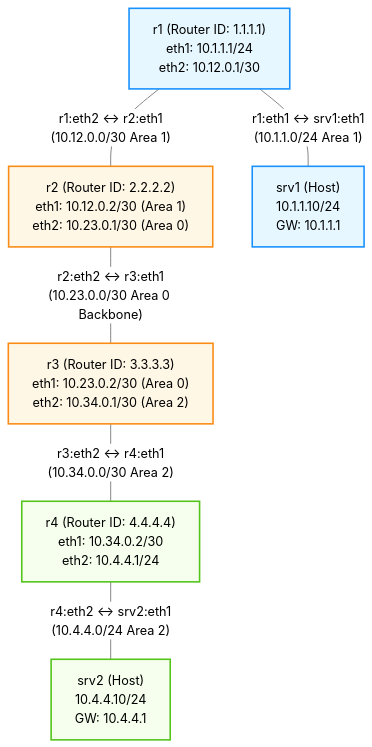
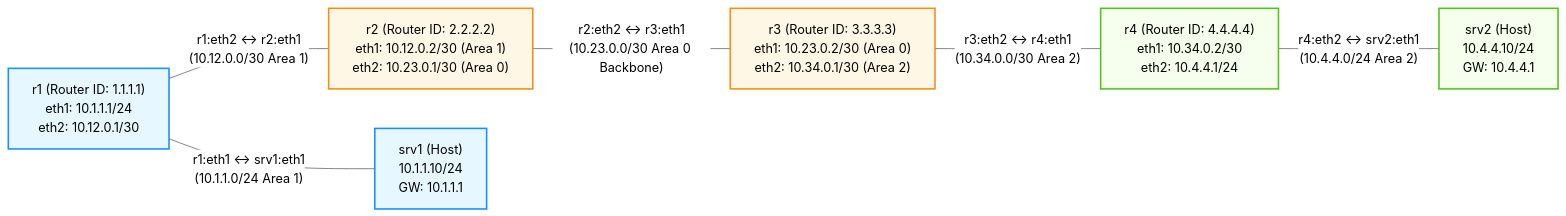
One commit to thangphan205/containerlab-demo changed the diagram in bai-tap-ve-nha/18-troubleshooting-chaos-lab/lab-guide.md. Above: the diagram before and after it, drawn with Mermaid (neutral theme). The commit also changed 1 other file, not shown here.

````diff
--- a/bai-tap-ve-nha/18-troubleshooting-chaos-lab/lab-guide.md
+++ b/bai-tap-ve-nha/18-troubleshooting-chaos-lab/lab-guide.md
@@ -24,38 +24,38 @@
 ```mermaid
-graph TB
+graph LR
     classDef area1 fill:#e6f7ff,stroke:#1890ff,stroke-width:2px;
     classDef area0 fill:#fff7e6,stroke:#fa8c16,stroke-width:2px;
     classDef area2 fill:#f6ffed,stroke:#52c41a,stroke-width:2px;
 
     r1["`r1 (Router ID: 1.1.1.1)
 eth1: 10.1.1.1/24
 eth2: 10.12.0.1/30`"]:::area1
     r2["`r2 (Router ID: 2.2.2.2)
 eth1: 10.12.0.2/30 (Area 1)
 eth2: 10.23.0.1/30 (Area 0)`"]:::area0
     r3["`r3 (Router ID: 3.3.3.3)
 eth1: 10.23.0.2/30 (Area 0)
 eth2: 10.34.0.1/30 (Area 2)`"]:::area0
     r4["`r4 (Router ID: 4.4.4.4)
 eth1: 10.34.0.2/30
 eth2: 10.4.4.1/24`"]:::area2
 
     srv1["`srv1 (Host)
 10.1.1.10/24
 GW: 10.1.1.1`"]:::area1
     srv2["`srv2 (Host)
 10.4.4.10/24
 GW: 10.4.4.1`"]:::area2
 
     r1 -- "`r1:eth2 <-> r2:eth1
 (10.12.0.0/30 Area 1)`" --- r2
     r2 -- "`r2:eth2 <-> r3:eth1
 (10.23.0.0/30 Area 0 Backbone)`" --- r3
     r3 -- "`r3:eth2 <-> r4:eth1
 (10.34.0.0/30 Area 2)`" --- r4
 
     r1 -- "`r1:eth1 <-> srv1:eth1
 (10.1.1.0/24 Area 1)`" --- srv1
     r4 -- "`r4:eth2 <-> srv2:eth1
 (10.4.4.0/24 Area 2)`" --- srv2
 ```
````
